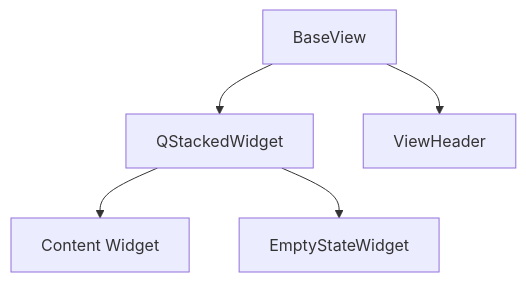
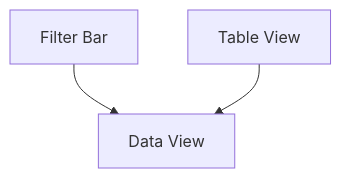
One commit to LinkesAuge/ChestBuddy changed the fourth of 7 diagrams in memory-bank/systemPatterns.md. Above: the diagram before and after it, drawn with Mermaid. The commit also changed other lines of this file, not shown here.

````diff
--- a/memory-bank/systemPatterns.md
+++ b/memory-bank/systemPatterns.md
@@ -156,7 +85,9 @@
 ```mermaid
 graph TD
-    BaseView --> ContentStack[QStackedWidget]
-    ContentStack --> Content[Content Widget]
-    ContentStack --> EmptyState[EmptyStateWidget]
-    BaseView --> Header[ViewHeader]
+    FilterBar[Filter Bar]
+    TableView[Table View]
+    DataView[Data View]
+    
+    FilterBar --> DataView
+    TableView --> DataView
 ```
````
